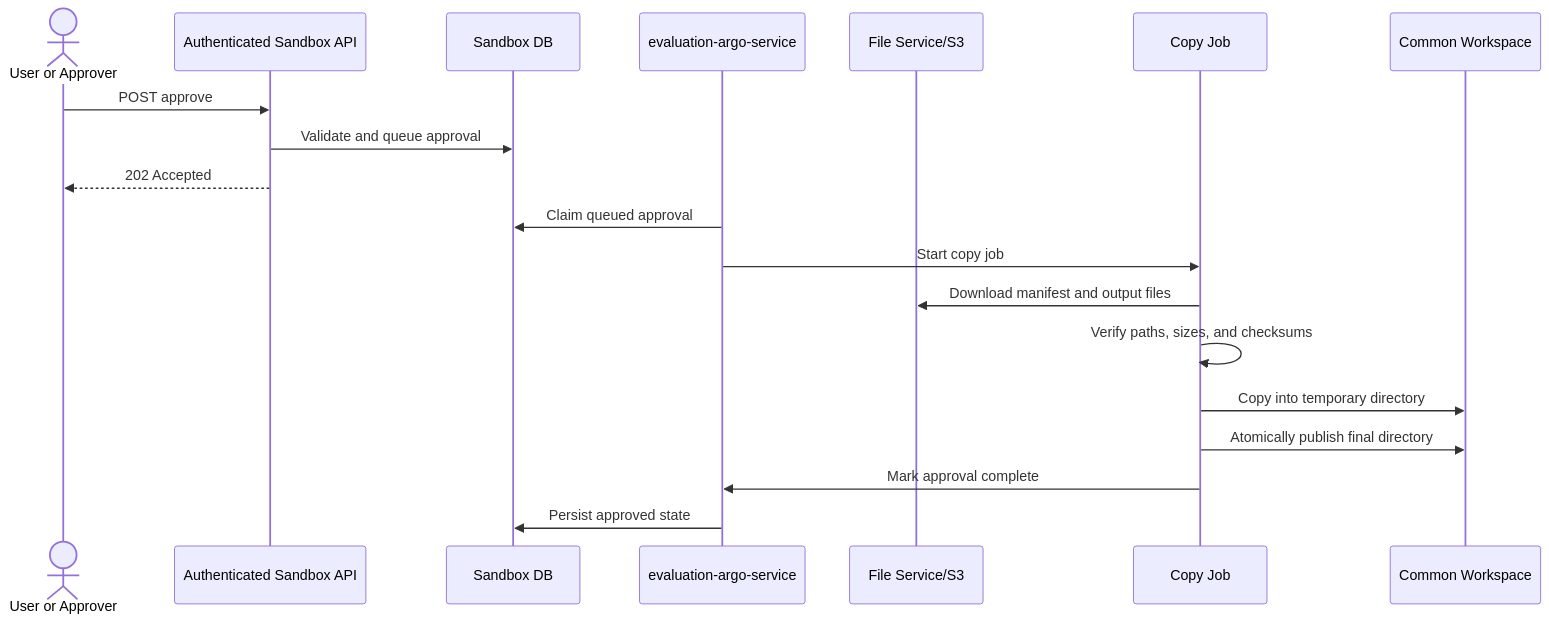
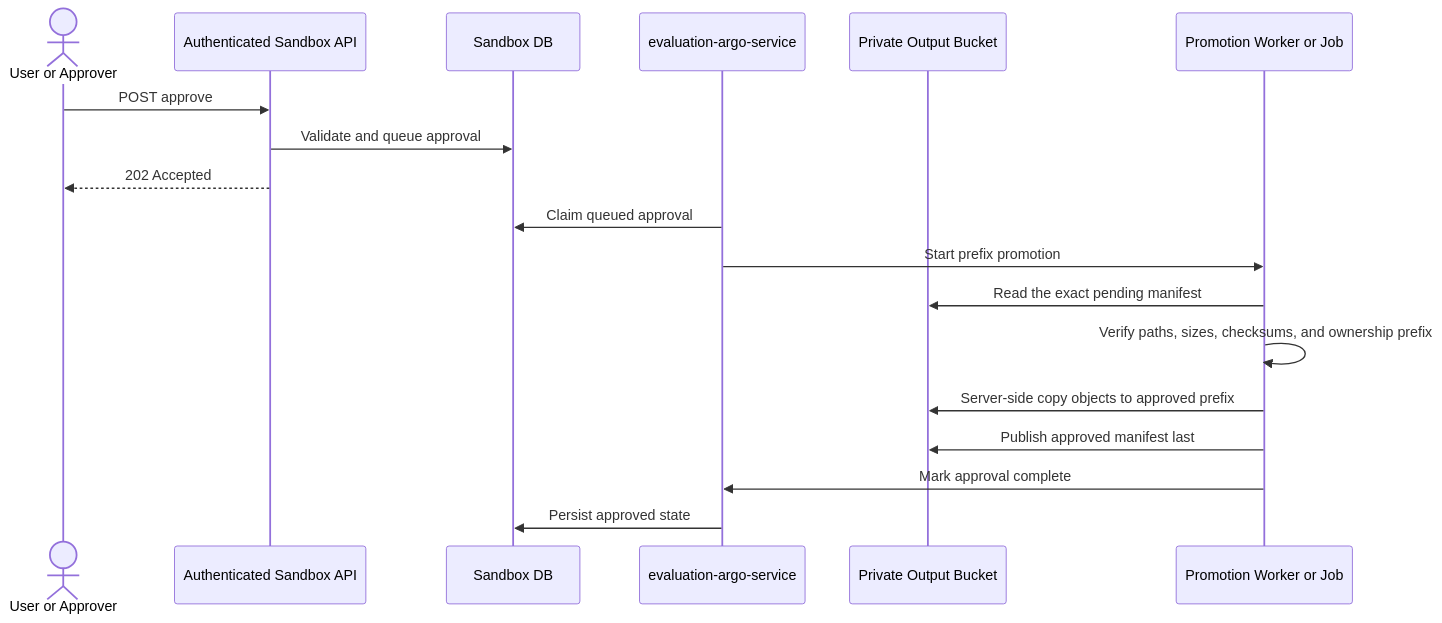
Before and after one commit to datakaveri/sandbox-connect-api: the third of 3 diagrams in docs/evaluation-argo-service-architecture-draft.md, drawn with Mermaid. The commit also changed other lines of this file, not shown here.

Commit message:
docs: use bucket storage for evaluation demo

````diff
--- a/docs/evaluation-argo-service-architecture-draft.md
+++ b/docs/evaluation-argo-service-architecture-draft.md
@@ -307,22 +337,21 @@
 ```mermaid
 sequenceDiagram
     actor U as User or Approver
     participant S as Authenticated Sandbox API
     participant D as Sandbox DB
     participant P as evaluation-argo-service
-    participant F as File Service/S3
-    participant J as Copy Job
-    participant W as Common Workspace
+    participant F as Private Output Bucket
+    participant J as Promotion Worker or Job
 
     U->>S: POST approve
     S->>D: Validate and queue approval
     S-->>U: 202 Accepted
     P->>D: Claim queued approval
-    P->>J: Start copy job
-    J->>F: Download manifest and output files
-    J->>J: Verify paths, sizes, and checksums
-    J->>W: Copy into temporary directory
-    J->>W: Atomically publish final directory
+    P->>J: Start prefix promotion
+    J->>F: Read the exact pending manifest
+    J->>J: Verify paths, sizes, checksums, and ownership prefix
+    J->>F: Server-side copy objects to approved prefix
+    J->>F: Publish approved manifest last
     J->>P: Mark approval complete
     P->>D: Persist approved state
 ```
````
